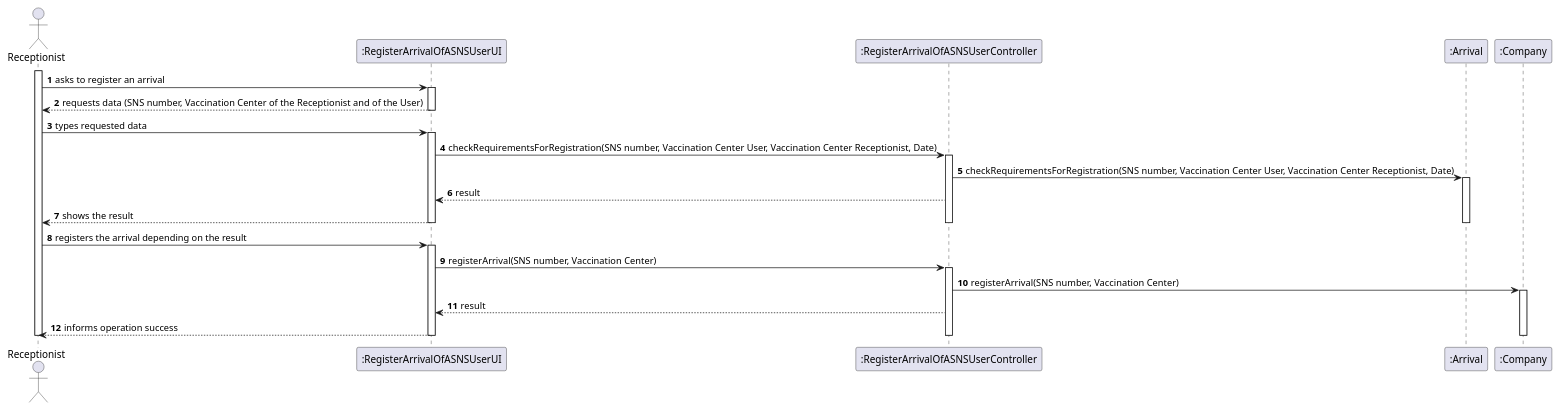
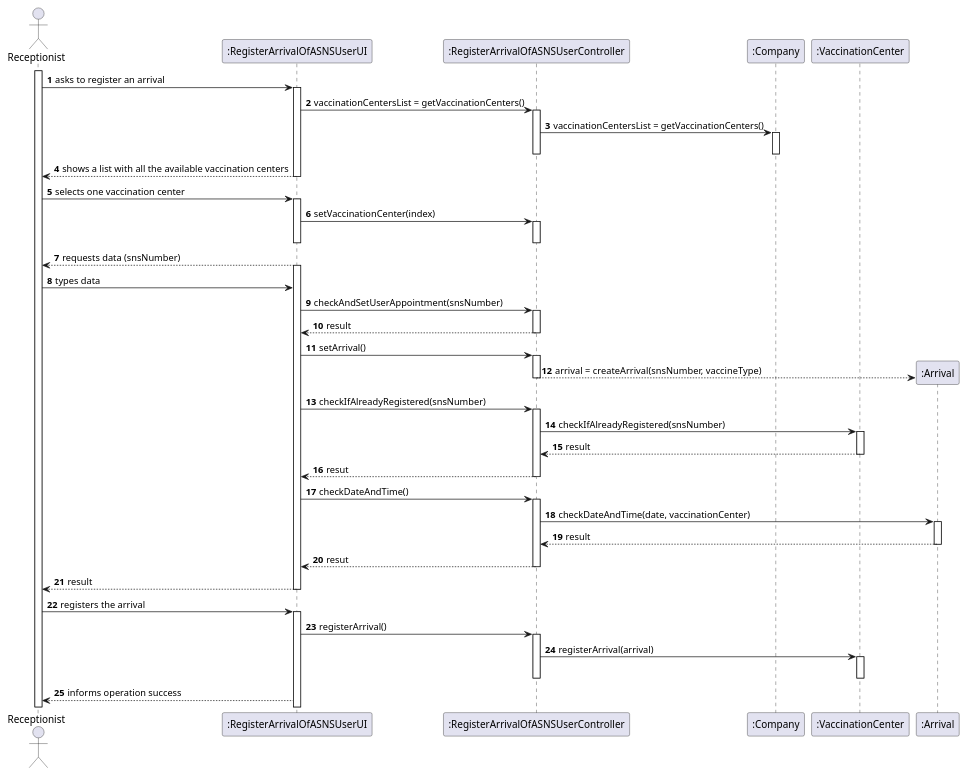
Before and after one commit to Pirussa/lei-22-s2-1da-g02: the diagram in docs/SprintC/US004/US004_SD.puml, drawn with PlantUML. The commit also changed 12 other files, not shown here.

Commit message:
US004 - Design - Improvements on the all the diagrams Implementation - Changes of some methods' position (classes)

```diff
--- a/docs/SprintC/US004/US004_SD.puml
+++ b/docs/SprintC/US004/US004_SD.puml
@@ -1,60 +1,102 @@
 @startuml
 autonumber
 
 actor "Receptionist" as R
 
 participant ":RegisterArrivalOfASNSUserUI" as UI
 participant ":RegisterArrivalOfASNSUserController" as CTRL
+participant ":Company" as C
+participant ":VaccinationCenter" as VC
 participant ":Arrival" as A
-participant ":Company" as C
 
 activate R
 
 R -> UI : asks to register an arrival
 activate UI
 
-UI --> R : requests data (SNS number, Vaccination Center of the Receptionist and of the User)
+UI -> CTRL : vaccinationCentersList = getVaccinationCenters()
+activate CTRL
+
+CTRL -> C : vaccinationCentersList = getVaccinationCenters()
+activate C
+
+deactivate C
+deactivate CTRL
+UI --> R : shows a list with all the available vaccination centers
 deactivate UI
 
-R -> UI : types requested data
+R -> UI : selects one vaccination center
 activate UI
 
-UI -> CTRL : checkRequirementsForRegistration(SNS number, Vaccination Center User, Vaccination Center Receptionist, Date)
+UI -> CTRL : setVaccinationCenter(index)
 activate CTRL
 
-CTRL -> A : checkRequirementsForRegistration(SNS number, Vaccination Center User, Vaccination Center Receptionist, Date)
-activate A
-
-CTRL --> UI : result
-
-UI --> R: shows the result
-
-deactivate A
 
 deactivate CTRL
 deactivate UI
 
-
-R -> UI : registers the arrival depending on the result
+UI --> R : requests data (snsNumber)
 activate UI
 
-UI -> CTRL : registerArrival(SNS number, Vaccination Center)
+
+R -> UI : types data
+
+UI -> CTRL : checkAndSetUserAppointment(snsNumber)
 activate CTRL
 
-CTRL -> C : registerArrival(SNS number, Vaccination Center)
-activate C
+CTRL --> UI : result
+deactivate CTRL
+
+UI -> CTRL : setArrival()
+activate CTRL
+
+CTRL ---> A ** : arrival = createArrival(snsNumber, vaccineType)
+
+deactivate CTRL
+
+UI -> CTRL : checkIfAlreadyRegistered(snsNumber)
+activate CTRL
+
+CTRL -> VC : checkIfAlreadyRegistered(snsNumber)
+activate VC
+
+VC --> CTRL : result
+deactivate VC
+
+CTRL --> UI : resut
+deactivate CTRL
+
+UI -> CTRL : checkDateAndTime()
+activate CTRL
 
 
+CTRL -> A : checkDateAndTime(date, vaccinationCenter)
+activate A
+
+A --> CTRL : result
+deactivate A
+
+CTRL --> UI : resut
+deactivate CTRL
+
+UI --> R : result
+deactivate A
+
+deactivate UI
 
 
-CTRL --> UI: result
+R -> UI : registers the arrival
+activate UI
 
+UI -> CTRL : registerArrival()
+activate CTRL
+
+
+CTRL -> VC : registerArrival(arrival)
+activate VC
+
+deactivate VC
+deactivate CTRL
 UI --> R : informs operation success
 
-deactivate C
-deactivate CTRL
-deactivate UI
-deactivate R
-
-
 @enduml
```
